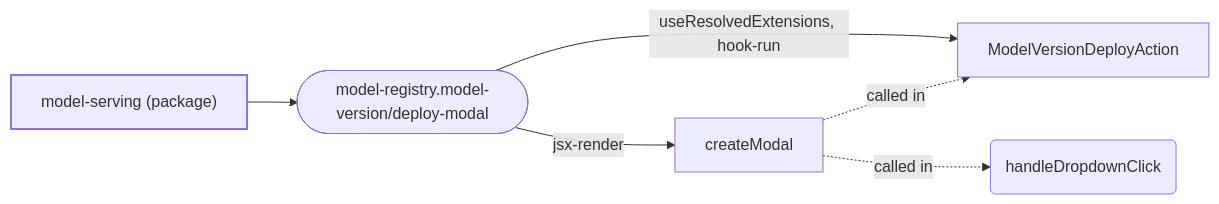
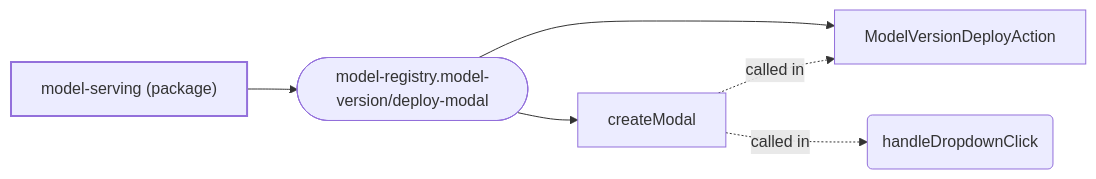
Before and after one commit to mturley/odh-dashboard: the fifth of 10 diagrams in packages/model-registry/docs/extensions.md, drawn with Mermaid. The commit also changed other lines of this file and 28 other files, not shown here.

````diff
--- a/packages/model-registry/docs/extensions.md
+++ b/packages/model-registry/docs/extensions.md
@@ -258,15 +353,15 @@
 ```mermaid
 flowchart LR
   classDef pkg stroke-width:2px
   classDef point stroke-width:1px
   n_pkg__odh_dashboard_model_serving_d0bfea["model-serving (package)"]:::pkg
   n_model_registry_model_version_deploy_modal_74d1d6(["model-registry.model-version/deploy-modal"]):::point
   n_pkg__odh_dashboard_model_serving_d0bfea --> n_model_registry_model_version_deploy_modal_74d1d6
   n_symbol_packages_model_registry_upstream_frontend_src_odh_components_ModelVersionDeployAction_tsx_ModelVersionDeployAction_2ff9c8["ModelVersionDeployAction"]
-  n_model_registry_model_version_deploy_modal_74d1d6 -- "useResolvedExtensions, hook-run" --> n_symbol_packages_model_registry_upstream_frontend_src_odh_components_ModelVersionDeployAction_tsx_ModelVersionDeployAction_2ff9c8
+  n_model_registry_model_version_deploy_modal_74d1d6 --> n_symbol_packages_model_registry_upstream_frontend_src_odh_components_ModelVersionDeployAction_tsx_ModelVersionDeployAction_2ff9c8
   n_symbol_packages_model_registry_upstream_frontend_src_odh_components_ModelVersionDeployAction_tsx_createModal_035947["createModal"]
-  n_model_registry_model_version_deploy_modal_74d1d6 -- "jsx-render" --> n_symbol_packages_model_registry_upstream_frontend_src_odh_components_ModelVersionDeployAction_tsx_createModal_035947
+  n_model_registry_model_version_deploy_modal_74d1d6 --> n_symbol_packages_model_registry_upstream_frontend_src_odh_components_ModelVersionDeployAction_tsx_createModal_035947
   n_symbol_packages_model_registry_upstream_frontend_src_odh_components_ModelVersionDeployAction_tsx_handleDropdownClick_6c0253("handleDropdownClick")
   n_symbol_packages_model_registry_upstream_frontend_src_odh_components_ModelVersionDeployAction_tsx_createModal_035947 -. "called in" .-> n_symbol_packages_model_registry_upstream_frontend_src_odh_components_ModelVersionDeployAction_tsx_ModelVersionDeployAction_2ff9c8
   n_symbol_packages_model_registry_upstream_frontend_src_odh_components_ModelVersionDeployAction_tsx_createModal_035947 -. "called in" .-> n_symbol_packages_model_registry_upstream_frontend_src_odh_components_ModelVersionDeployAction_tsx_handleDropdownClick_6c0253
 ```
````
